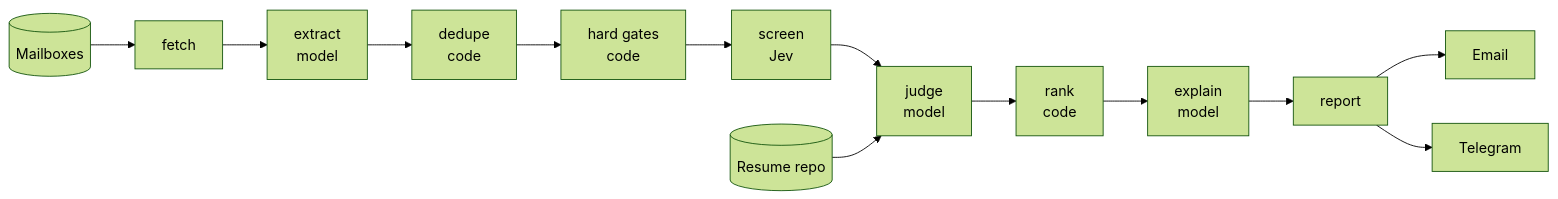
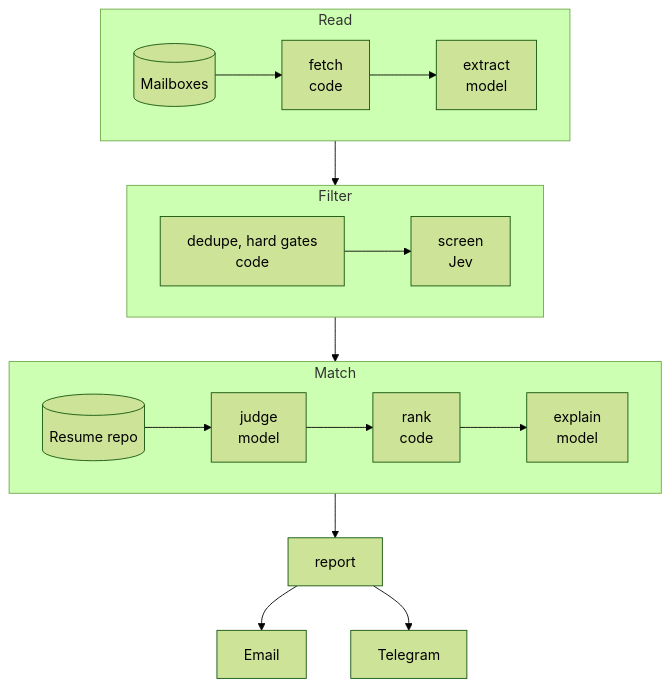
One commit to PCBZ/job-scan changed the first of 2 diagrams in README.md. Above: the diagram before and after it, drawn with Mermaid (forest theme).

Commit message:
docs(readme): the pipeline diagram in three rows, readable at page width

````diff
--- a/README.md
+++ b/README.md
@@ -26,8 +26,18 @@
 ```mermaid
-flowchart LR
-  mail[(Mailboxes)] --> fetch --> extract[extract<br/>model] --> dedupe[dedupe<br/>code]
-  dedupe --> gates[hard gates<br/>code] --> screen[screen<br/>Jev] --> judge[judge<br/>model]
-  resumes[(Resume repo)] --> judge
-  judge --> rank[rank<br/>code] --> explain[explain<br/>model] --> report[report]
-  report --> email[Email] & tg[Telegram]
+flowchart TB
+  subgraph read [Read]
+    direction LR
+    mail[(Mailboxes)] --> fetch[fetch<br/>code] --> extract[extract<br/>model]
+  end
+  subgraph filter [Filter]
+    direction LR
+    dedupe[dedupe, hard gates<br/>code] --> screen[screen<br/>Jev]
+  end
+  subgraph match [Match]
+    direction LR
+    resumes[(Resume repo)] --> judge[judge<br/>model] --> rank[rank<br/>code] --> explain[explain<br/>model]
+  end
+  extract --> dedupe
+  screen --> judge
+  explain --> report[report] --> email[Email] & tg[Telegram]
 ```
````
